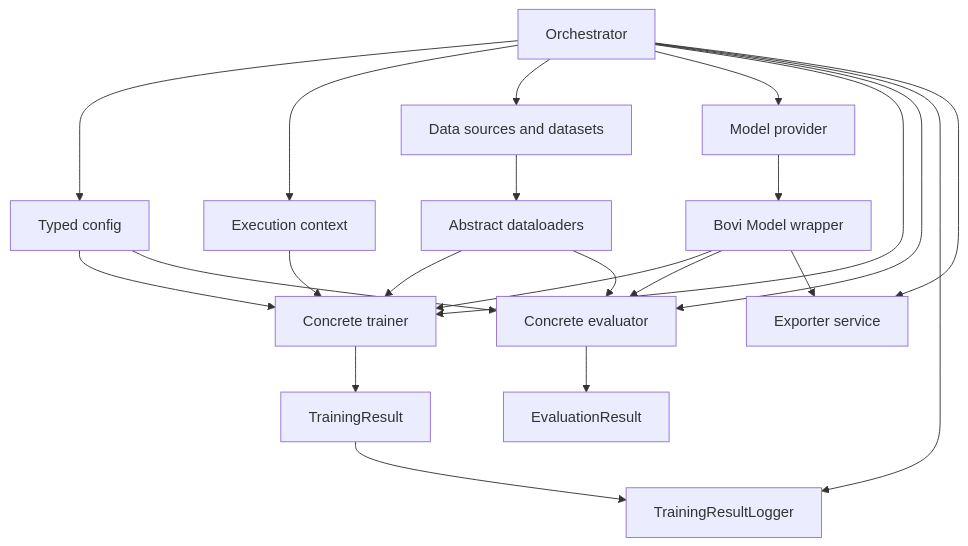
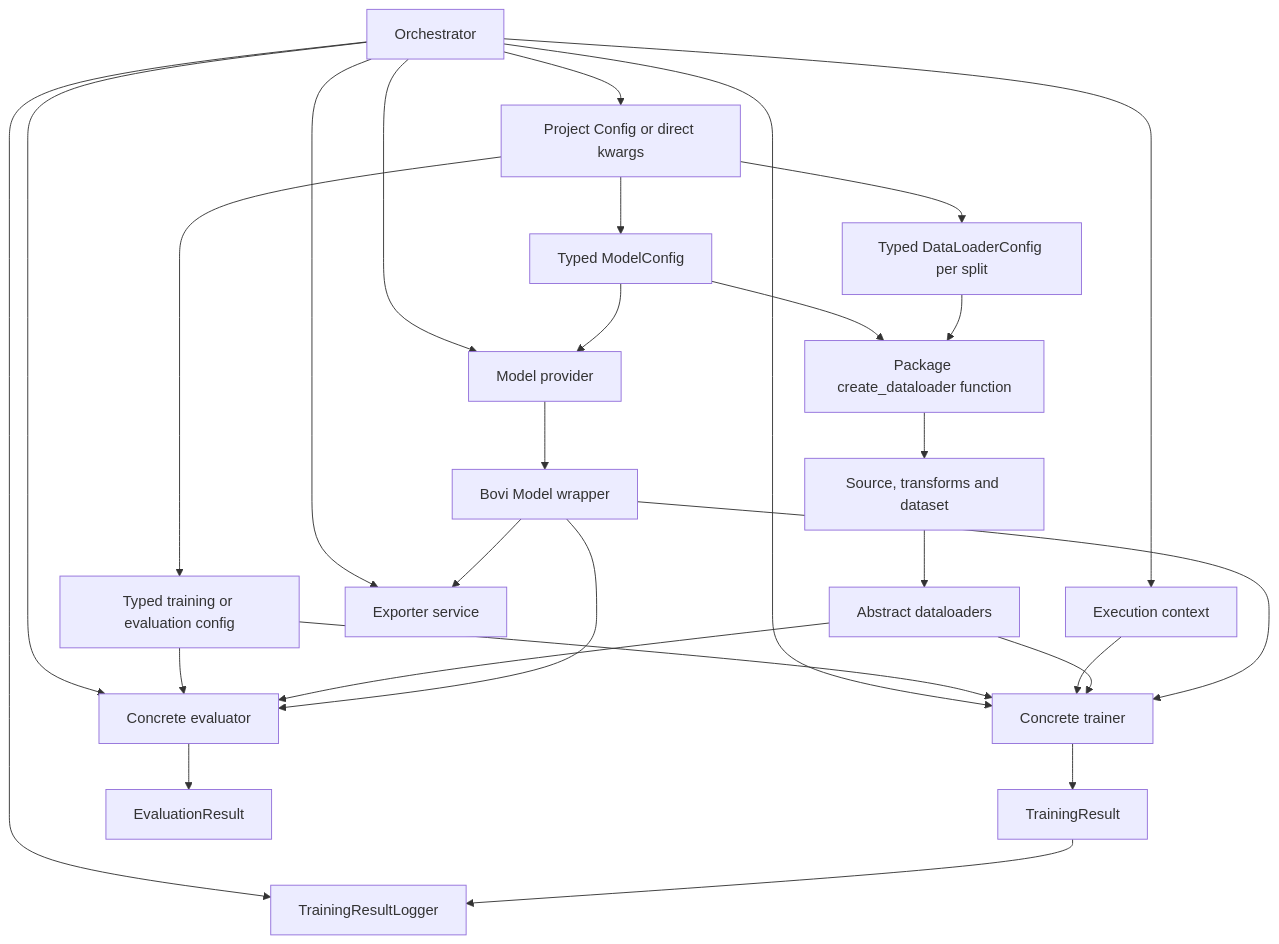
The first of 3 diagrams in docs/documentation/trainer-module.md (Bovi-analytics/bovi), drawn with Mermaid before and after one commit. The commit also changed other lines of this file and 64 other files, not shown here.

````diff
--- a/docs/documentation/trainer-module.md
+++ b/docs/documentation/trainer-module.md
@@ -198,38 +214,48 @@
 ```mermaid
 flowchart TB
     O[Orchestrator]
-    C[Typed config]
+    C[Project Config or direct kwargs]
+    MC[Typed ModelConfig]
+    DC[Typed DataLoaderConfig per split]
+    RC[Typed training or evaluation config]
     X[Execution context]
-    D[Data sources and datasets]
+    F[Package create_dataloader function]
+    D[Source, transforms and dataset]
     L[Abstract dataloaders]
     P[Model provider]
     M[Bovi Model wrapper]
     T[Concrete trainer]
     R[TrainingResult]
     E[Concrete evaluator]
     ER[EvaluationResult]
     LG[TrainingResultLogger]
     EX[Exporter service]
 
     O --> C
+    C --> MC
+    C --> DC
+    C --> RC
     O --> X
-    O --> D
+    MC --> F
+    DC --> F
+    F --> D
     D --> L
     O --> P
+    MC --> P
     P --> M
     O --> T
-    C --> T
+    RC --> T
     X --> T
     L --> T
     M --> T
     T --> R
     O --> E
-    C --> E
+    RC --> E
     L --> E
     M --> E
     E --> ER
     O --> LG
     R --> LG
     O --> EX
     M --> EX
 ```
````
